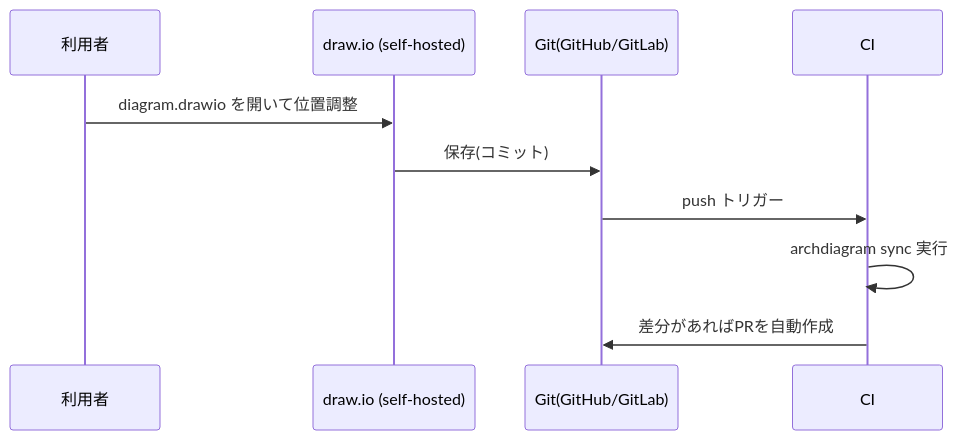
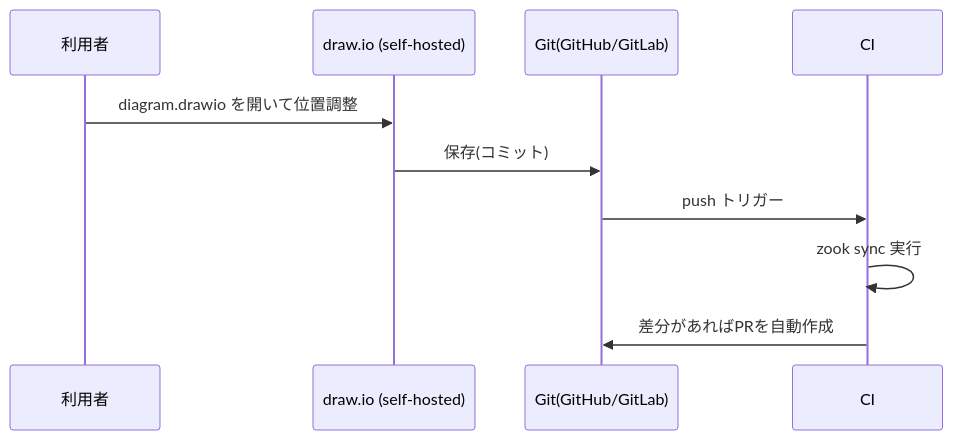
The diagram in docs-site/drawio-sync.md (taka-sho/zook), drawn with Mermaid before and after one commit. The commit also changed other lines of this file and 120 other files, not shown here.

First line of the commit message:
Rename archdiagram to ZOOK

````diff
--- a/docs-site/drawio-sync.md
+++ b/docs-site/drawio-sync.md
@@ -45,13 +45,13 @@
 ```mermaid
 sequenceDiagram
     participant U as 利用者
     participant D as draw.io (self-hosted)
     participant G as Git(GitHub/GitLab)
     participant CI as CI
 
     U->>D: diagram.drawio を開いて位置調整
     D->>G: 保存(コミット)
     G->>CI: push トリガー
-    CI->>CI: archdiagram sync 実行
+    CI->>CI: zook sync 実行
     CI->>G: 差分があればPRを自動作成
 ```
````
